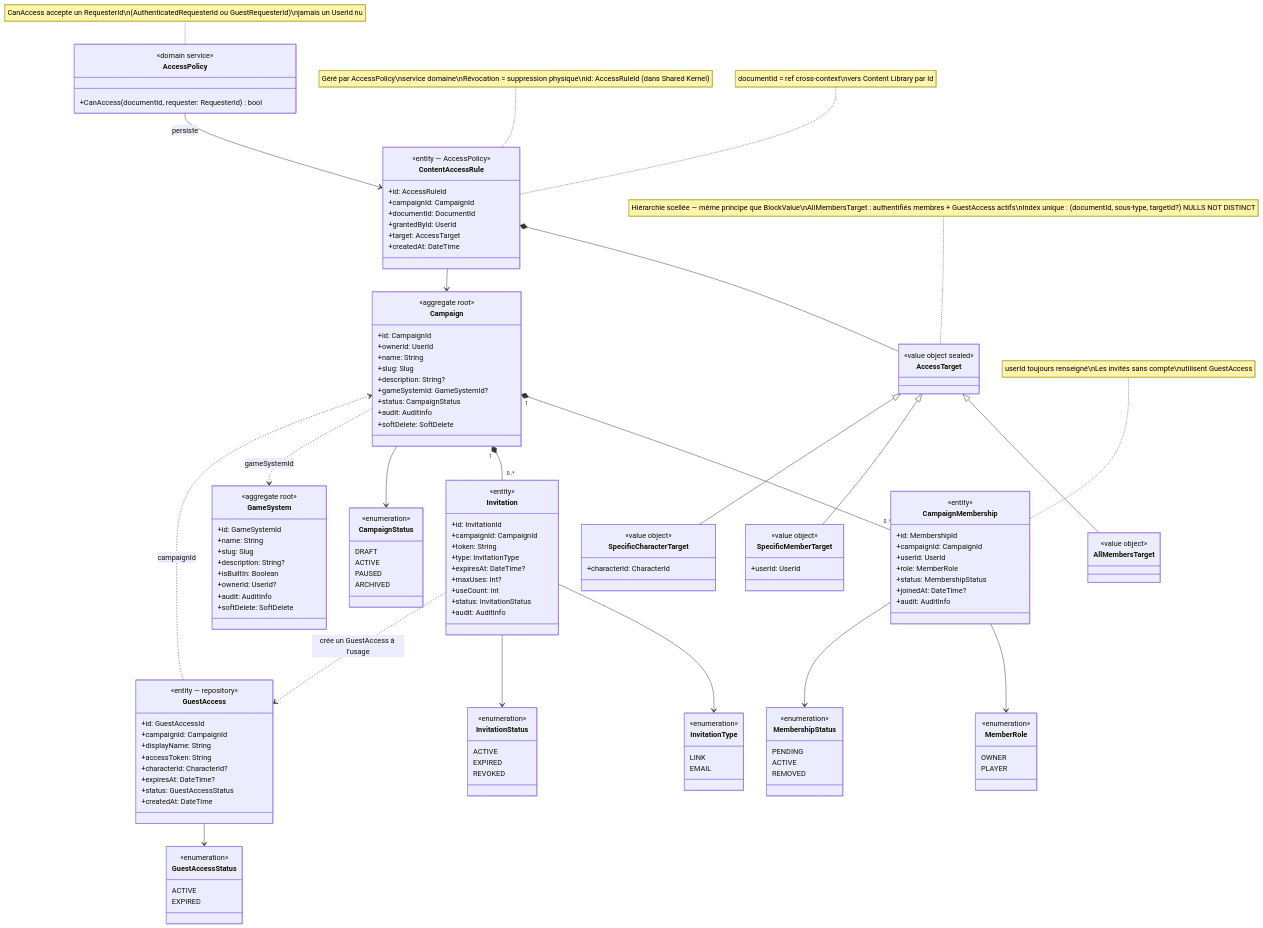
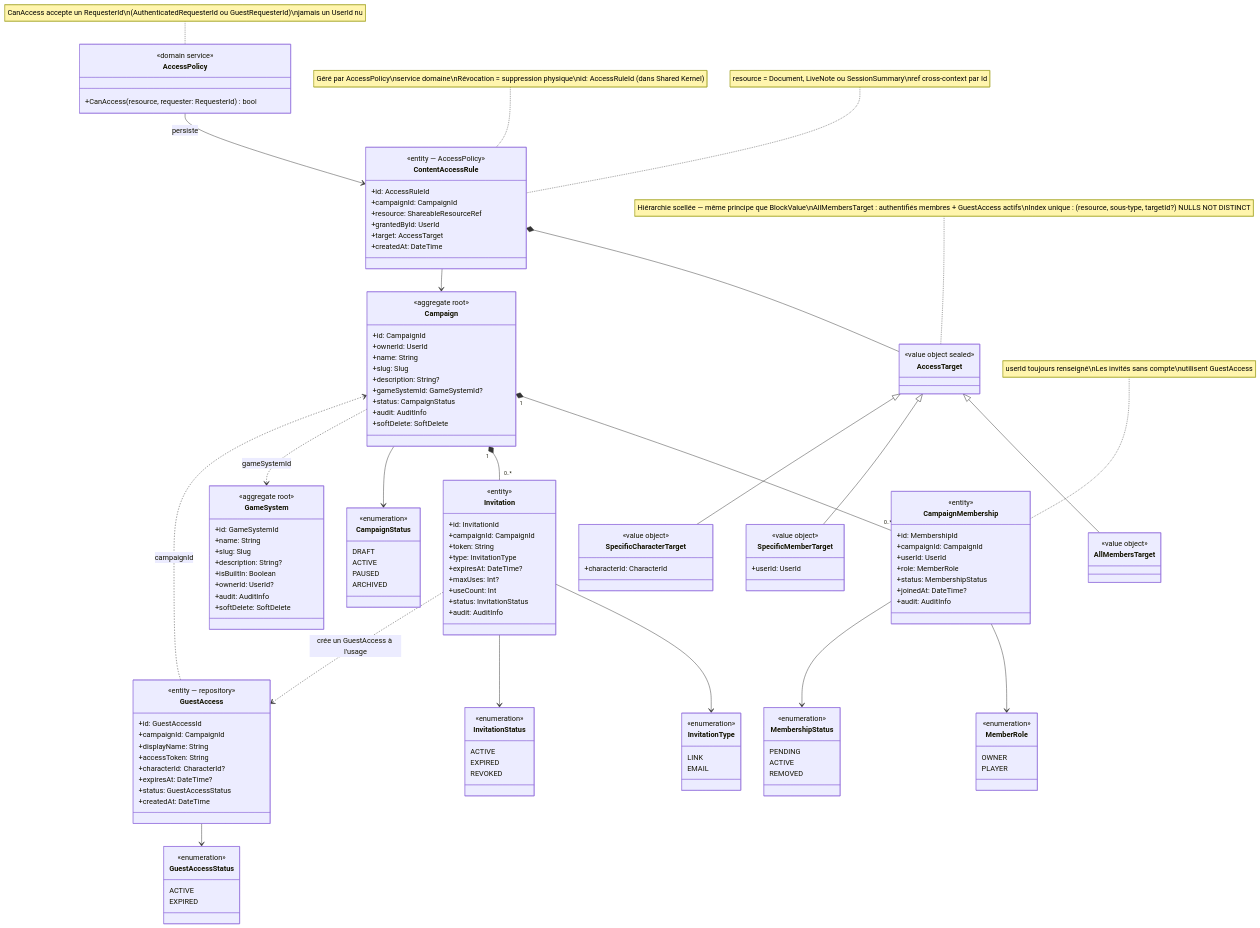
The third of 7 diagrams in docs/conception/DiagrammesClasses.md (2025-10-CDA-ECO-P6/PM-micro-saas), drawn with Mermaid before and after one commit. The commit also changed other lines of this file and 17 other files, not shown here.

````diff
--- a/docs/conception/DiagrammesClasses.md
+++ b/docs/conception/DiagrammesClasses.md
@@ -168,14 +170,14 @@
         <<entity — AccessPolicy>>
         +id: AccessRuleId
         +campaignId: CampaignId
-        +documentId: DocumentId
+        +resource: ShareableResourceRef
         +grantedById: UserId
         +target: AccessTarget
         +createdAt: DateTime
     }
     class AccessPolicy {
         <<domain service>>
-        +CanAccess(documentId, requester: RequesterId) bool
+        +CanAccess(resource, requester: RequesterId) bool
     }
     class AccessTarget {
         <<value object sealed>>
@@ -244,7 +246,7 @@
     AccessTarget <|-- SpecificCharacterTarget
     note for CampaignMembership "userId toujours renseigné\nLes invités sans compte\nutilisent GuestAccess"
     note for ContentAccessRule "Géré par AccessPolicy\nservice domaine\nRévocation = suppression physique\nid: AccessRuleId (dans Shared Kernel)"
-    note for ContentAccessRule "documentId = ref cross-context\nvers Content Library par Id"
-    note for AccessTarget "Hiérarchie scellée — même principe que BlockValue\nAllMembersTarget : authentifiés membres + GuestAccess actifs\nIndex unique : (documentId, sous-type, targetId?) NULLS NOT DISTINCT"
+    note for ContentAccessRule "resource = Document, LiveNote ou SessionSummary\nref cross-context par Id"
+    note for AccessTarget "Hiérarchie scellée — même principe que BlockValue\nAllMembersTarget : authentifiés membres + GuestAccess actifs\nIndex unique : (resource, sous-type, targetId?) NULLS NOT DISTINCT"
     note for AccessPolicy "CanAccess accepte un RequesterId\n(AuthenticatedRequesterId ou GuestRequesterId)\njamais un UserId nu"
 ```
````
